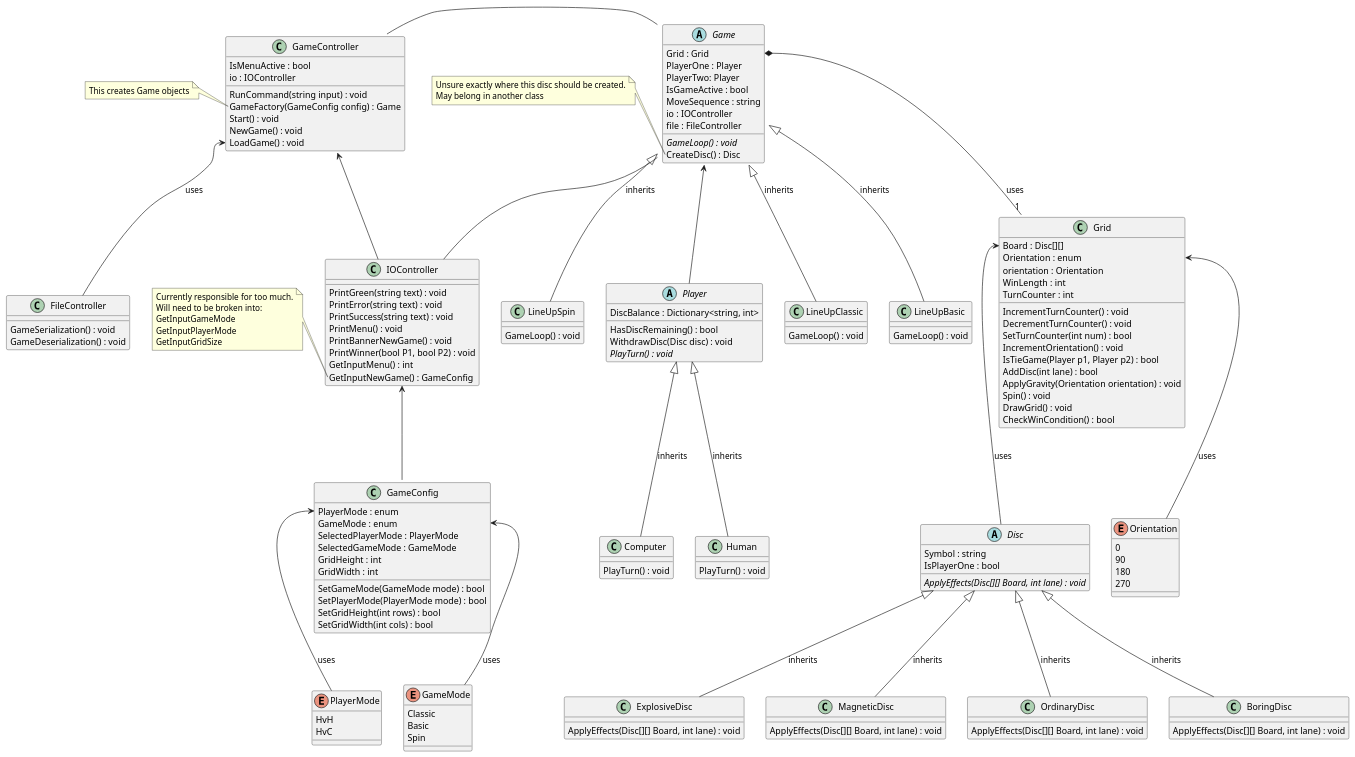
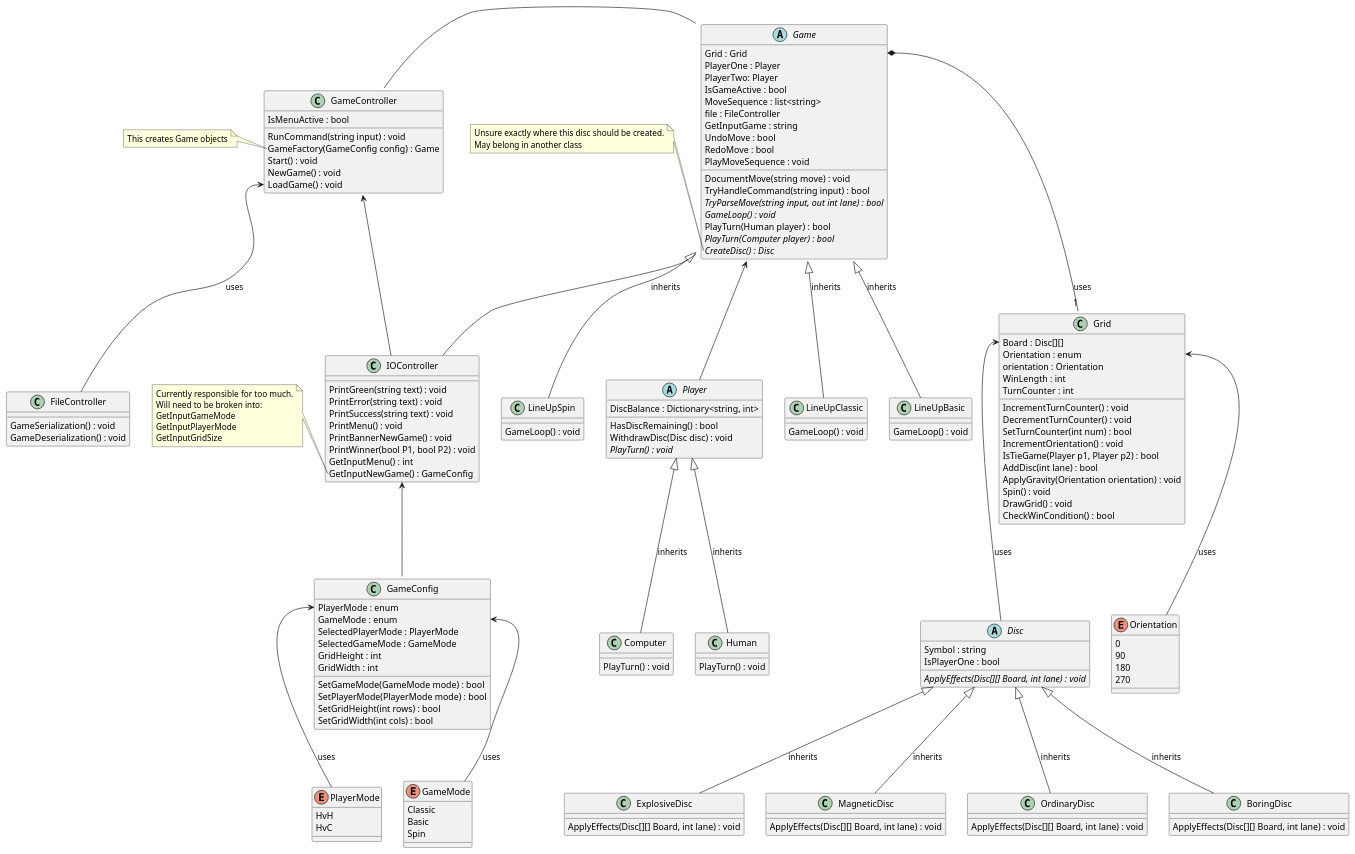
The diagram in diagrams/diagram.puml (TacNap/IFN584_A2), drawn with PlantUML before and after one commit. The commit also changed 1 other file, not shown here.

Commit message:
updates to Class Diagram

```diff
--- a/diagrams/diagram.puml
+++ b/diagrams/diagram.puml
@@ -7,7 +7,6 @@
 ''' GameController '''
 class GameController {
     IsMenuActive : bool
-    io : IOController
     RunCommand(string input) : void
     GameFactory(GameConfig config) : Game
     Start() : void
@@ -24,12 +23,19 @@
     PlayerOne : Player
     PlayerTwo: Player
     IsGameActive : bool
-    MoveSequence : string
-    io : IOController
+    MoveSequence : list<string>
     file : FileController
+    GetInputGame : string
+    DocumentMove(string move) : void
+    UndoMove : bool
+    RedoMove : bool
+    PlayMoveSequence : void
+    TryHandleCommand(string input) : bool
+    {abstract} TryParseMove(string input, out int lane) : bool
     {abstract} GameLoop() : void
-    CreateDisc() : Disc
-    ' ResetGame() : void
+    PlayTurn(Human player) : bool
+    {abstract} PlayTurn(Computer player) : bool
+    {abstract} CreateDisc() : Disc
     ' May not need the above method
 }
 note left of Game::CreateDisc
```
